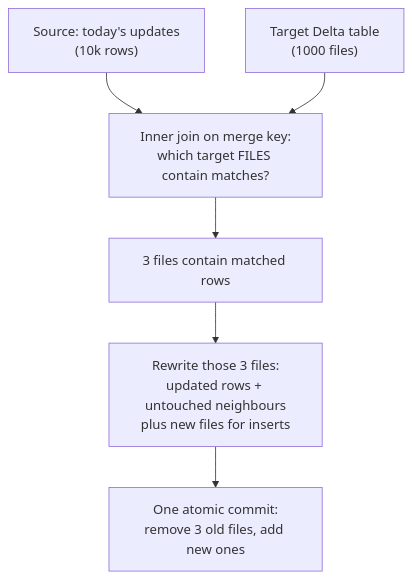
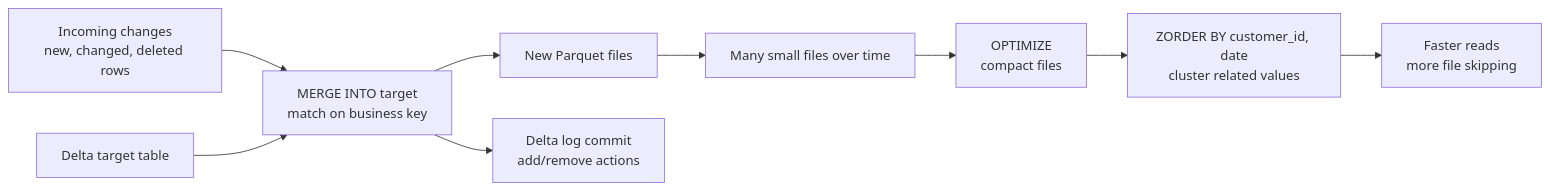
One commit to Ishan01official/spark-learning-lab changed the diagram in diagrams/11_merge_optimize_zorder.md. Above: the diagram before and after it, drawn with Mermaid. The commit also changed other lines of this file and 64 other files, not shown here.

````diff
--- a/diagrams/11_merge_optimize_zorder.md
+++ b/diagrams/11_merge_optimize_zorder.md
@@ -21,8 +16,12 @@
 ```mermaid
-flowchart TB
-    SRC["Source: today's updates<br/>(10k rows)"] --> J["Inner join on merge key:<br/>which target FILES contain matches?"]
-    TGT["Target Delta table<br/>(1000 files)"] --> J
-    J --> HIT["3 files contain matched rows"]
-    HIT --> RW["Rewrite those 3 files:<br/>updated rows + untouched neighbours<br/>plus new files for inserts"]
-    RW --> COMMIT["One atomic commit:<br/>remove 3 old files, add new ones"]
+flowchart LR
+    Source["Incoming changes<br/>new, changed, deleted rows"] --> Merge["MERGE INTO target<br/>match on business key"]
+    Target["Delta target table"] --> Merge
+    Merge --> NewFiles["New Parquet files"]
+    Merge --> Log["Delta log commit<br/>add/remove actions"]
+
+    NewFiles --> Small["Many small files over time"]
+    Small --> Optimize["OPTIMIZE<br/>compact files"]
+    Optimize --> Z["ZORDER BY customer_id, date<br/>cluster related values"]
+    Z --> Faster["Faster reads<br/>more file skipping"]
 ```
````
